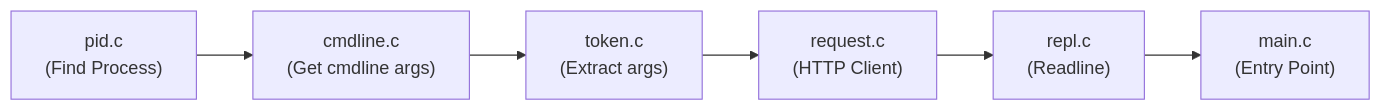
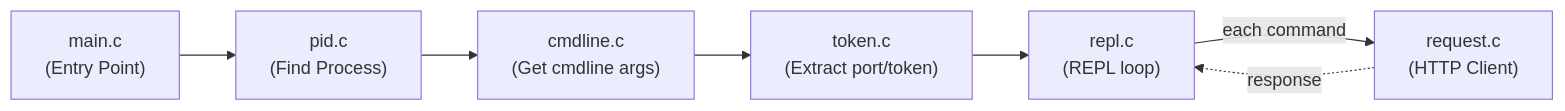
The diagram in README.md (ByteFlowing1337/LcuRepl), drawn with Mermaid before and after one commit. The commit also changed other lines of this file and 2 other files, not shown here.

````diff
--- a/README.md
+++ b/README.md
@@ -59,8 +76,9 @@
 ```mermaid
 flowchart LR
-    PID["pid.c<br/>(Find Process)"] --> CMD["cmdline.c<br/>(Get cmdline args)"]
-    CMD --> TOKEN["token.c<br/>(Extract args)"]
-    TOKEN --> REQ["request.c<br/>(HTTP Client)"]
-    REQ --> REPL["repl.c<br/>(Readline)"]
-    REPL --> MAIN["main.c<br/>(Entry Point)"]
+    MAIN["main.c<br/>(Entry Point)"] --> PID["pid.c<br/>(Find Process)"]
+    PID --> CMD["cmdline.c<br/>(Get cmdline args)"]
+    CMD --> TOKEN["token.c<br/>(Extract port/token)"]
+    TOKEN --> REPL["repl.c<br/>(REPL loop)"]
+    REPL -->|"each command"| REQ["request.c<br/>(HTTP Client)"]
+    REQ -.->|"response"| REPL
 ```
````
